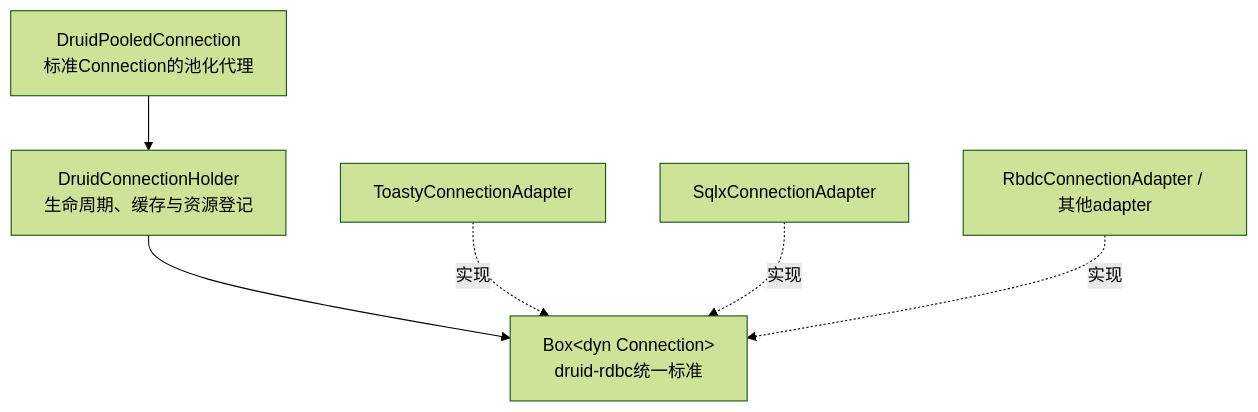
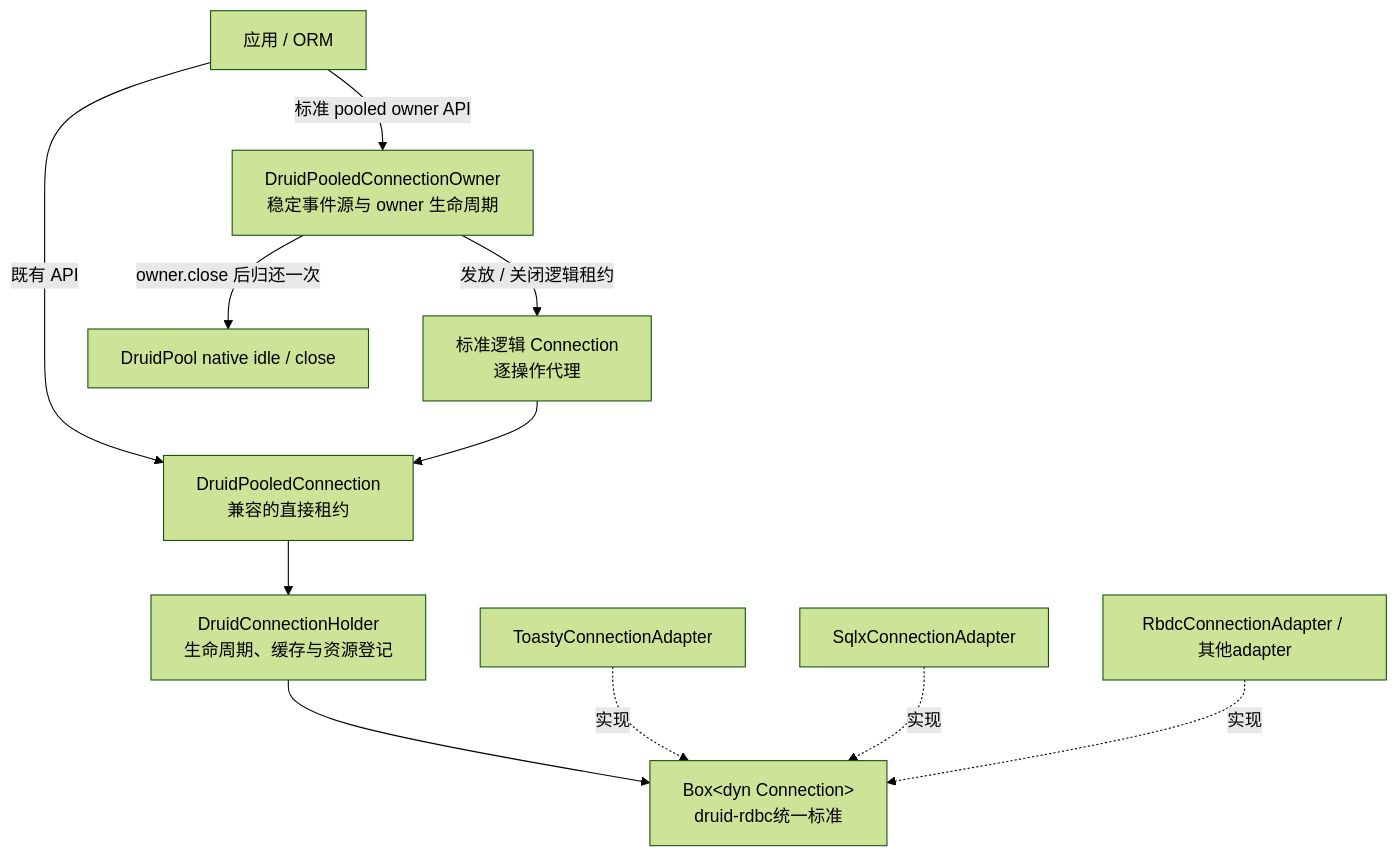
One commit to easy-4-rust/druid-rust changed the third of 8 diagrams in docs/druid-rust-Architecture.zh_CN.md. Above: the diagram before and after it, drawn with Mermaid (forest theme). The commit also changed other lines of this file and 16 other files, not shown here.

Commit message:
feat(druid): add standard pooled connection owner

````diff
--- a/docs/druid-rust-Architecture.zh_CN.md
+++ b/docs/druid-rust-Architecture.zh_CN.md
@@ -180,8 +180,13 @@
 ```mermaid
 flowchart TD
-    P["DruidPooledConnection<br/>标准Connection的池化代理"] --> H["DruidConnectionHolder<br/>生命周期、缓存与资源登记"]
+    A["应用 / ORM"] -->|既有 API| P["DruidPooledConnection<br/>兼容的直接租约"]
+    A -->|标准 pooled owner API| O["DruidPooledConnectionOwner<br/>稳定事件源与 owner 生命周期"]
+    O -->|发放 / 关闭逻辑租约| L["标准逻辑 Connection<br/>逐操作代理"]
+    L --> P
+    P --> H["DruidConnectionHolder<br/>生命周期、缓存与资源登记"]
     H --> C["Box&lt;dyn Connection&gt;<br/>druid-rdbc统一标准"]
     T["ToastyConnectionAdapter"] -.实现.-> C
     S["SqlxConnectionAdapter"] -.实现.-> C
     R["RbdcConnectionAdapter / 其他adapter"] -.实现.-> C
+    O -->|owner.close 后归还一次| N["DruidPool native idle / close"]
 ```
````
